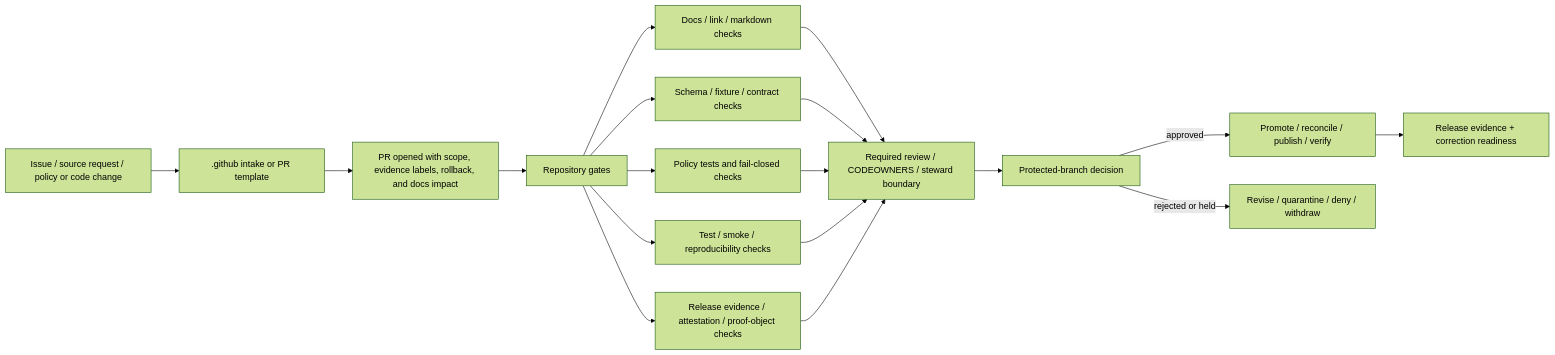
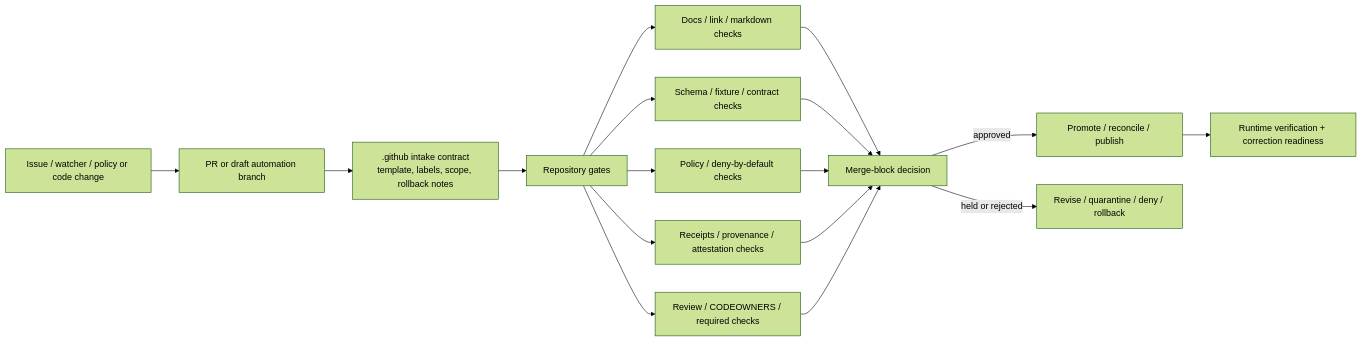
The diagram in .github/README.md (bartytime4life/Kansas-Frontier-Matrix), drawn with Mermaid (forest theme) before and after one commit. The commit also changed other lines of this file, not shown here.

````diff
--- a/.github/README.md
+++ b/.github/README.md
@@ -251,20 +198,19 @@
 ```mermaid
 flowchart LR
-    A[Issue / source request / policy or code change] --> B[.github intake or PR template]
-    B --> C[PR opened with scope, evidence labels, rollback, and docs impact]
+    A[Issue / watcher / policy or code change] --> B[PR or draft automation branch]
+    B --> C[.github intake contract<br/>template, labels, scope, rollback notes]
     C --> D[Repository gates]
     D --> D1[Docs / link / markdown checks]
     D --> D2[Schema / fixture / contract checks]
-    D --> D3[Policy tests and fail-closed checks]
-    D --> D4[Test / smoke / reproducibility checks]
-    D --> D5[Release evidence / attestation / proof-object checks]
-    D1 --> E[Required review / CODEOWNERS / steward boundary]
+    D --> D3[Policy / deny-by-default checks]
+    D --> D4[Receipts / provenance / attestation checks]
+    D --> D5[Review / CODEOWNERS / required checks]
+    D1 --> E[Merge-block decision]
     D2 --> E
     D3 --> E
     D4 --> E
     D5 --> E
-    E --> F[Protected-branch decision]
-    F -->|approved| G[Promote / reconcile / publish / verify]
-    F -->|rejected or held| H[Revise / quarantine / deny / withdraw]
-    G --> I[Release evidence + correction readiness]
+    E -->|approved| F[Promote / reconcile / publish]
+    E -->|held or rejected| G[Revise / quarantine / deny / rollback]
+    F --> H[Runtime verification + correction readiness]
 ```
````
